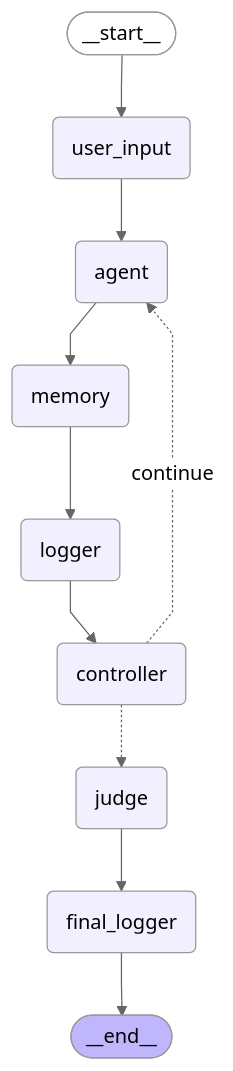
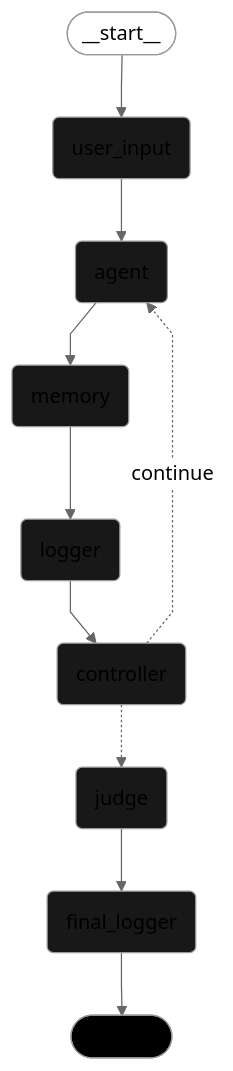
The diagram in dag_langgraph.md (ToshitDwivedi/langgraph-multi-agent-debate), drawn with Mermaid (neutral theme) before and after one commit.

Commit message:
Update class definitions for DAG visualization

````diff
--- a/dag_langgraph.md
+++ b/dag_langgraph.md
@@ -1,30 +1,30 @@
 ```mermaid
 ---
 config:
   flowchart:
     curve: linear
 ---
 graph TD;
 	__start__([<p>__start__</p>]):::first
 	user_input(user_input)
 	agent(agent)
 	memory(memory)
 	logger(logger)
 	controller(controller)
 	judge(judge)
 	final_logger(final_logger)
 	__end__([<p>__end__</p>]):::last
 	__start__ --> user_input;
 	agent --> memory;
 	controller -. &nbsp;continue&nbsp; .-> agent;
 	controller -.-> judge;
 	judge --> final_logger;
 	logger --> controller;
 	memory --> logger;
 	user_input --> agent;
 	final_logger --> __end__;
-	classDef default fill:#f2f0ff,line-height:1.2
+	classDef default fill:#181819,line-height:1.2
 	classDef first fill-opacity:0
-	classDef last fill:#bfb6fc
+	classDef last fill:#000000
 
 ```
````
